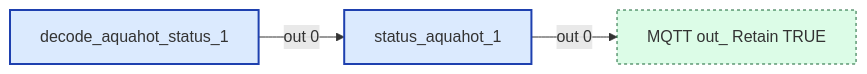
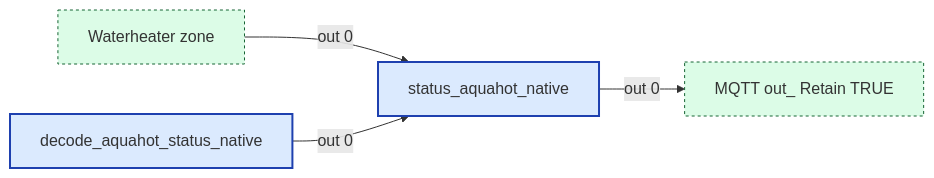
Before and after one commit to Backroads4Me/librecoach-node-red: the fourth of 5 diagrams in src/wiring/aquahot.md, drawn with Mermaid. The commit also changed other lines of this file and 5 other files, not shown here.

````diff
--- a/src/wiring/aquahot.md
+++ b/src/wiring/aquahot.md
@@ -138,14 +153,16 @@
 ```mermaid
 flowchart LR
   classDef fn fill:#dbeafe,stroke:#1e40af,stroke-width:2px
   classDef ui fill:#ede9fe,stroke:#5b21b6,stroke-width:2px
   classDef sub fill:#fef3c7,stroke:#92400e,stroke-width:2px
   classDef link fill:#dcfce7,stroke:#166534,stroke-width:1px,stroke-dasharray:3 3
   classDef config fill:#f3f4f6,stroke:#6b7280,stroke-width:1px,stroke-dasharray:2 2
   classDef disabled opacity:0.5,stroke-dasharray:4 4
   n_1c1403c14b57["MQTT out_ Retain TRUE"]:::link
-  n_43cd836c21f6["status_aquahot_1"]:::fn
-  n_5e7062bde869["decode_aquahot_status_1"]:::fn
-  n_43cd836c21f6 -->|out 0| n_1c1403c14b57
-  n_5e7062bde869 -->|out 0| n_43cd836c21f6
+  n_443fd5ec55d7["status_aquahot_native"]:::fn
+  n_914be705da05["Waterheater zone"]:::link
+  n_a6985e36ac9c["decode_aquahot_status_native"]:::fn
+  n_443fd5ec55d7 -->|out 0| n_1c1403c14b57
+  n_914be705da05 -->|out 0| n_443fd5ec55d7
+  n_a6985e36ac9c -->|out 0| n_443fd5ec55d7
 ```
````
